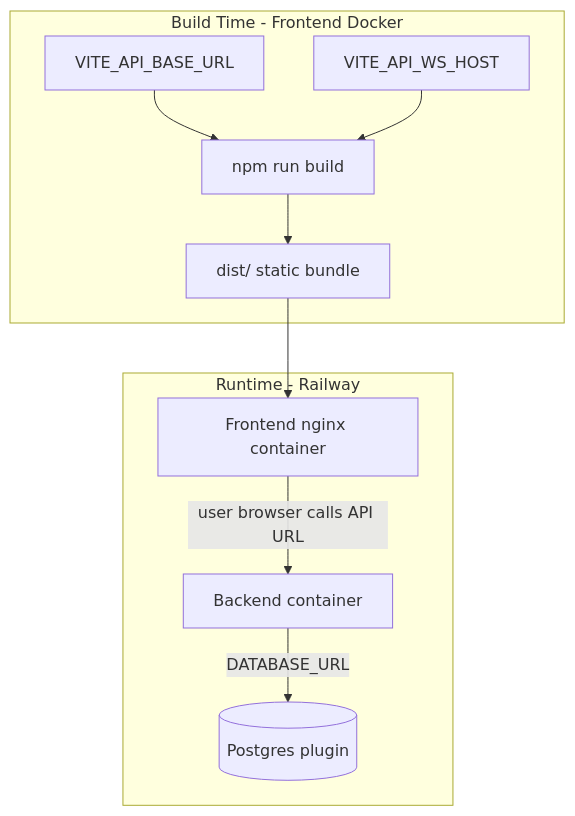
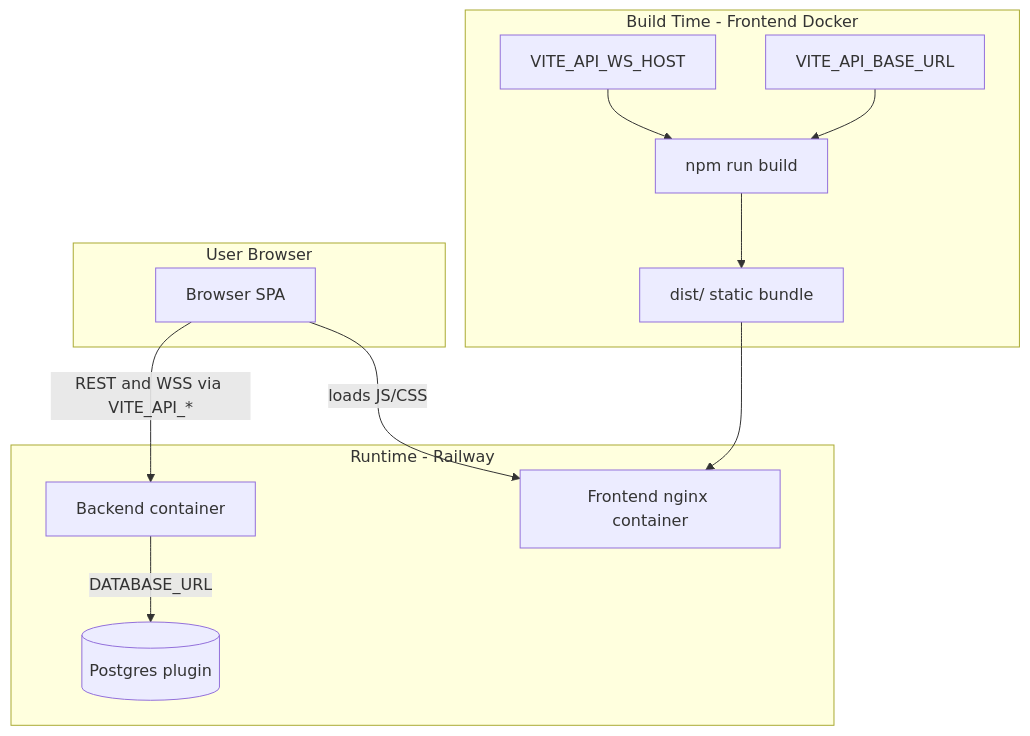
One commit to akash-inc/coe_training changed the sixth of 7 diagrams in Day 15/docs/ARCHITECTURE.md. Above: the diagram before and after it, drawn with Mermaid. The commit also changed other lines of this file and 4 other files, not shown here.

````diff
--- a/Day 15/docs/ARCHITECTURE.md
+++ b/Day 15/docs/ARCHITECTURE.md
@@ -184,22 +192,27 @@
 ```mermaid
 flowchart TB
   subgraph buildTime [Build Time - Frontend Docker]
     VITE[VITE_API_BASE_URL]
     VITEWS[VITE_API_WS_HOST]
     NPM[npm run build]
     DIST[dist/ static bundle]
     VITE --> NPM
     VITEWS --> NPM
     NPM --> DIST
   end
 
+  subgraph user [User Browser]
+    Browser[Browser SPA]
+  end
+
   subgraph runtime [Runtime - Railway]
-  PG[(Postgres plugin)]
-  BE[Backend container]
-  FE[Frontend nginx container]
+    PG[(Postgres plugin)]
+    BE[Backend container]
+    FE[Frontend nginx container]
   end
 
   DIST --> FE
+  Browser -->|loads JS/CSS| FE
+  Browser -->|REST and WSS via VITE_API_*| BE
   BE -->|DATABASE_URL| PG
-  FE -->|user browser calls API URL| BE
 ```
````
